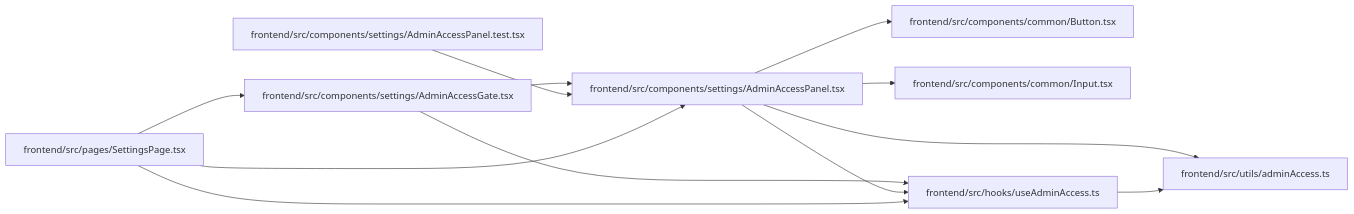
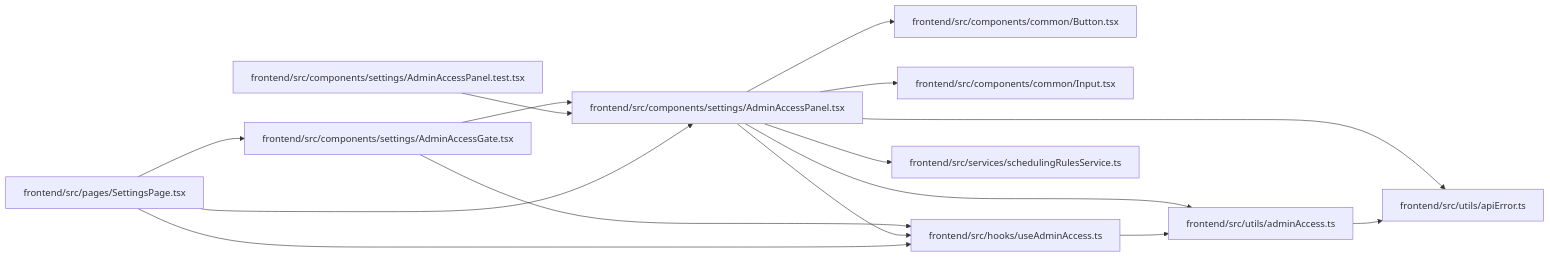
One commit to Denissvgn/WorkChord changed the diagram in docs/llm_wiki/modules/AdminAccessPanel.md. Above: the diagram before and after it, drawn with Mermaid. The commit also changed other lines of this file and 422 other files, not shown here.

````diff
--- a/docs/llm_wiki/modules/AdminAccessPanel.md
+++ b/docs/llm_wiki/modules/AdminAccessPanel.md
@@ -32,30 +34,37 @@
 ```mermaid
 flowchart LR
     n0["frontend/src/components/common/Button.tsx"]
     n1["frontend/src/components/common/Input.tsx"]
     n2["frontend/src/components/settings/AdminAccessGate.tsx"]
     n3["frontend/src/components/settings/AdminAccessPanel.test.tsx"]
     n4["frontend/src/components/settings/AdminAccessPanel.tsx"]
     n5["frontend/src/hooks/useAdminAccess.ts"]
     n6["frontend/src/pages/SettingsPage.tsx"]
-    n7["frontend/src/utils/adminAccess.ts"]
+    n7["frontend/src/services/schedulingRulesService.ts"]
+    n8["frontend/src/utils/adminAccess.ts"]
+    n9["frontend/src/utils/apiError.ts"]
     n2 --> n4
     n2 --> n5
     n3 --> n4
     n4 --> n0
     n4 --> n1
     n4 --> n5
     n4 --> n7
-    n5 --> n7
+    n4 --> n8
+    n4 --> n9
+    n5 --> n8
     n6 --> n2
     n6 --> n4
     n6 --> n5
+    n8 --> n9
     click n0 "../modules/Button.md"
     click n1 "../modules/Input.md"
     click n2 "../modules/AdminAccessGate.md"
     click n3 "../modules/AdminAccessPanel.test.md"
     click n4 "../modules/AdminAccessPanel.md"
     click n5 "../modules/useAdminAccess.md"
     click n6 "../modules/SettingsPage.md"
-    click n7 "../modules/adminAccess.md"
+    click n7 "../modules/schedulingRulesService.md"
+    click n8 "../modules/adminAccess.md"
+    click n9 "../modules/apiError.md"
 ```
````
